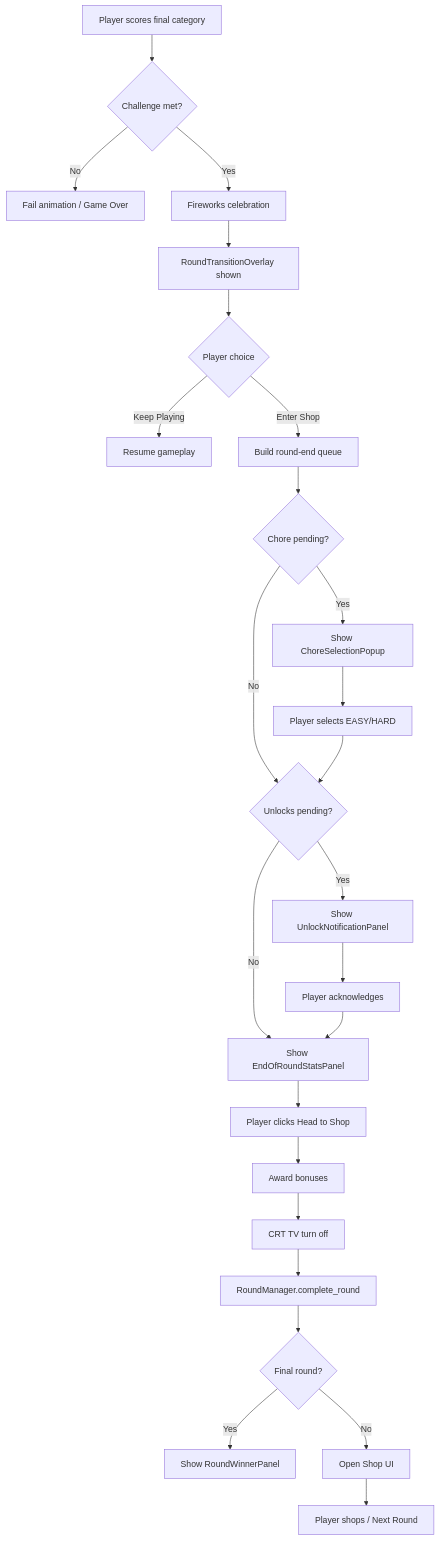
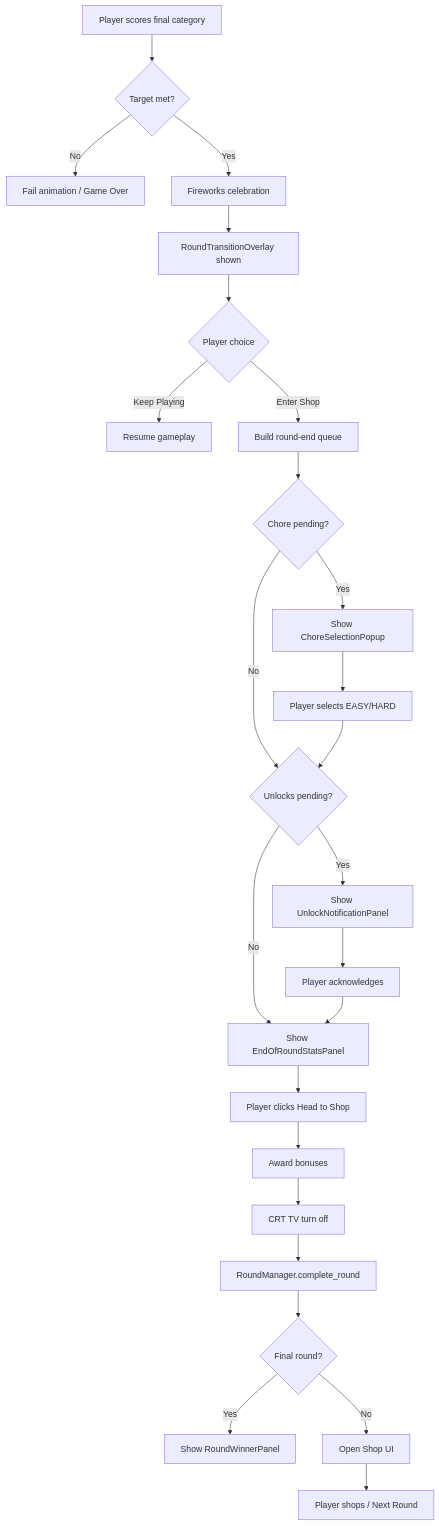
One commit to unclemoney/DiceRogue changed the diagram in README.md. Above: the diagram before and after it, drawn with Mermaid. The commit also changed other lines of this file and 130 other files, not shown here.

````diff
--- a/README.md
+++ b/README.md
@@ -28,27 +28,27 @@
 ```mermaid
 flowchart TD
-    A[Player scores final category] --> B{Challenge met?}
+    A[Player scores final category] --> B{Target met?}
     B -->|No| C[Fail animation / Game Over]
     B -->|Yes| D[Fireworks celebration]
     D --> E[RoundTransitionOverlay shown]
     E --> F{Player choice}
     F -->|Keep Playing| G[Resume gameplay]
     F -->|Enter Shop| H[Build round-end queue]
     H --> I{Chore pending?}
     I -->|Yes| J[Show ChoreSelectionPopup]
     I -->|No| K{Unlocks pending?}
     J --> J2[Player selects EASY/HARD]
     J2 --> K
     K -->|Yes| L[Show UnlockNotificationPanel]
     K -->|No| M[Show EndOfRoundStatsPanel]
     L --> L2[Player acknowledges]
     L2 --> M
     M --> N[Player clicks Head to Shop]
     N --> O[Award bonuses]
     O --> P[CRT TV turn off]
     P --> Q[RoundManager.complete_round]
     Q --> R{Final round?}
     R -->|Yes| S[Show RoundWinnerPanel]
     R -->|No| T[Open Shop UI]
     T --> U[Player shops / Next Round]
 ```
````
